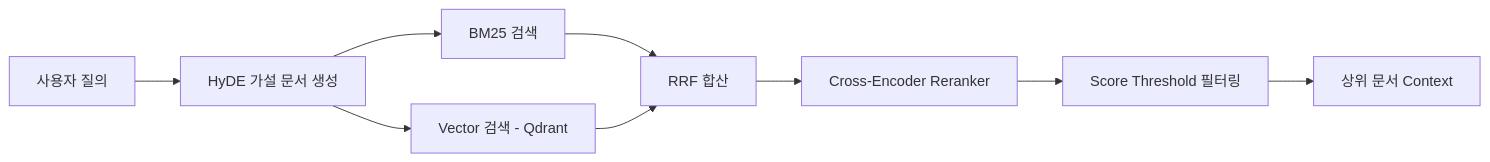
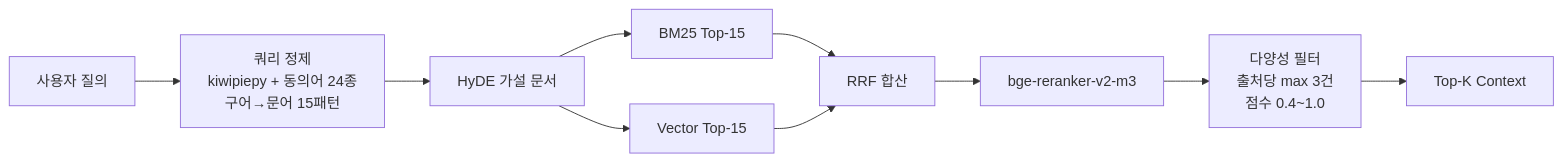
Before and after one commit to SKNETWORKS-FAMILY-AICAMP/SKN21-FINAL-3TEAM: the sixth of 6 diagrams in README_FINAL.md, drawn with Mermaid. The commit also changed other lines of this file and 1 other file, not shown here.

````diff
--- a/README_FINAL.md
+++ b/README_FINAL.md
@@ -531,11 +434,12 @@
 ```mermaid
 flowchart LR
-    Q[사용자 질의] --> HyDE[HyDE 가설 문서 생성]
-    HyDE --> BM25[BM25 검색]
-    HyDE --> Vec[Vector 검색 - Qdrant]
+    Q[사용자 질의] --> Refine[쿼리 정제<br/>kiwipiepy + 동의어 24종<br/>구어→문어 15패턴]
+    Refine --> HyDE[HyDE 가설 문서]
+    HyDE --> BM25[BM25 Top-15]
+    HyDE --> Vec[Vector Top-15]
     BM25 --> RRF[RRF 합산]
     Vec --> RRF
-    RRF --> Rerank[Cross-Encoder Reranker]
-    Rerank --> Filter[Score Threshold 필터링]
-    Filter --> Context[상위 문서 Context]
+    RRF --> Rerank[bge-reranker-v2-m3]
+    Rerank --> Filter[다양성 필터<br/>출처당 max 3건<br/>점수 0.4~1.0]
+    Filter --> Context[Top-K Context]
 ```
````
